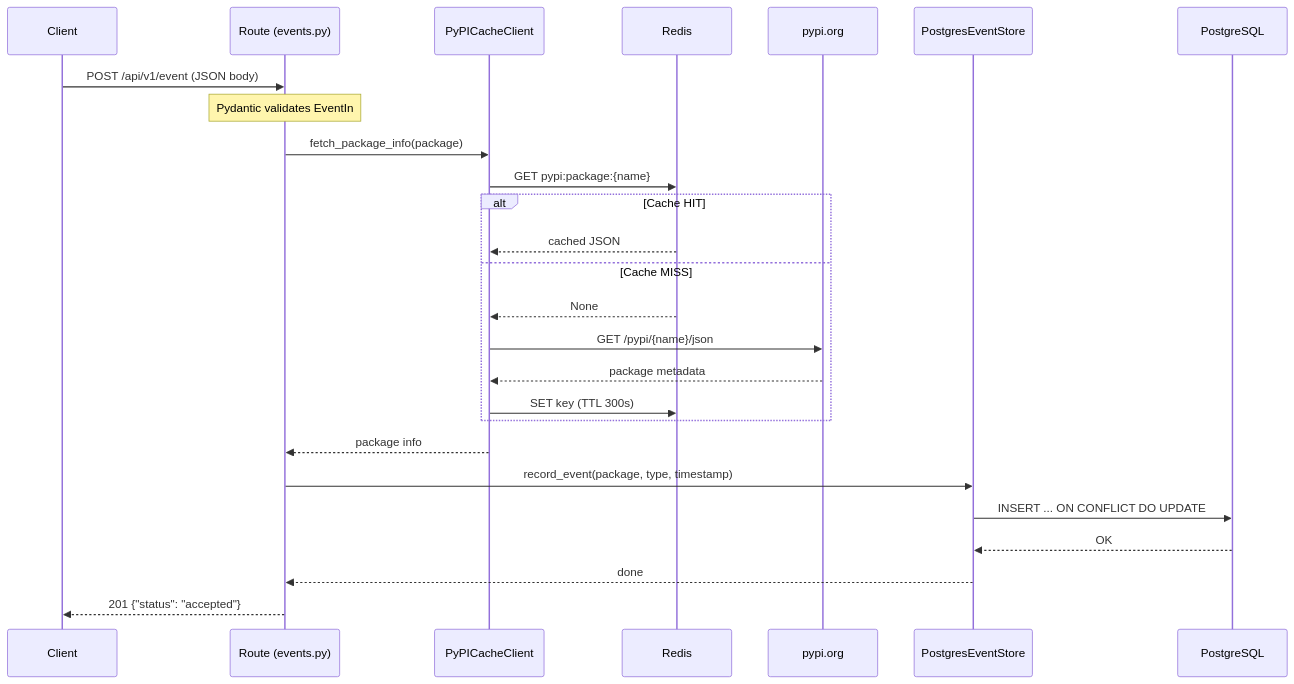
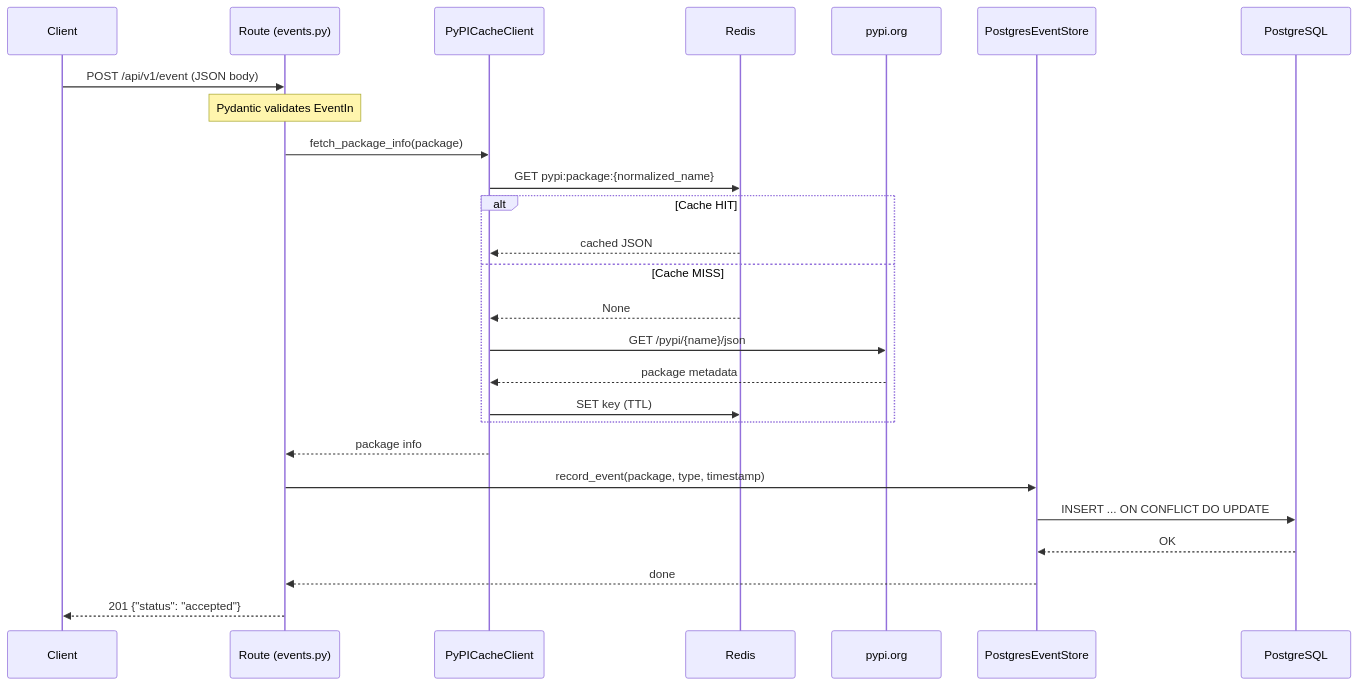
Before and after one commit to safa0/kingpi-server: the third of 6 diagrams in docs/architecture.md, drawn with Mermaid. The commit also changed other lines of this file, not shown here.

First line of the commit message:
docs: fix architecture diagram inaccuracies

````diff
--- a/docs/architecture.md
+++ b/docs/architecture.md
@@ -57,32 +58,32 @@
 ```mermaid
 sequenceDiagram
     participant C as Client
     participant R as Route (events.py)
     participant P as PyPICacheClient
     participant Redis as Redis
     participant PyPI as pypi.org
     participant S as PostgresEventStore
     participant PG as PostgreSQL
 
     C->>R: POST /api/v1/event (JSON body)
     Note over R: Pydantic validates EventIn
 
     R->>P: fetch_package_info(package)
-    P->>Redis: GET pypi:package:{name}
+    P->>Redis: GET pypi:package:{normalized_name}
     alt Cache HIT
         Redis-->>P: cached JSON
     else Cache MISS
         Redis-->>P: None
         P->>PyPI: GET /pypi/{name}/json
         PyPI-->>P: package metadata
-        P->>Redis: SET key (TTL 300s)
+        P->>Redis: SET key (TTL)
     end
     P-->>R: package info
 
     R->>S: record_event(package, type, timestamp)
     S->>PG: INSERT ... ON CONFLICT DO UPDATE
     PG-->>S: OK
     S-->>R: done
 
     R-->>C: 201 {"status": "accepted"}
 ```
````
